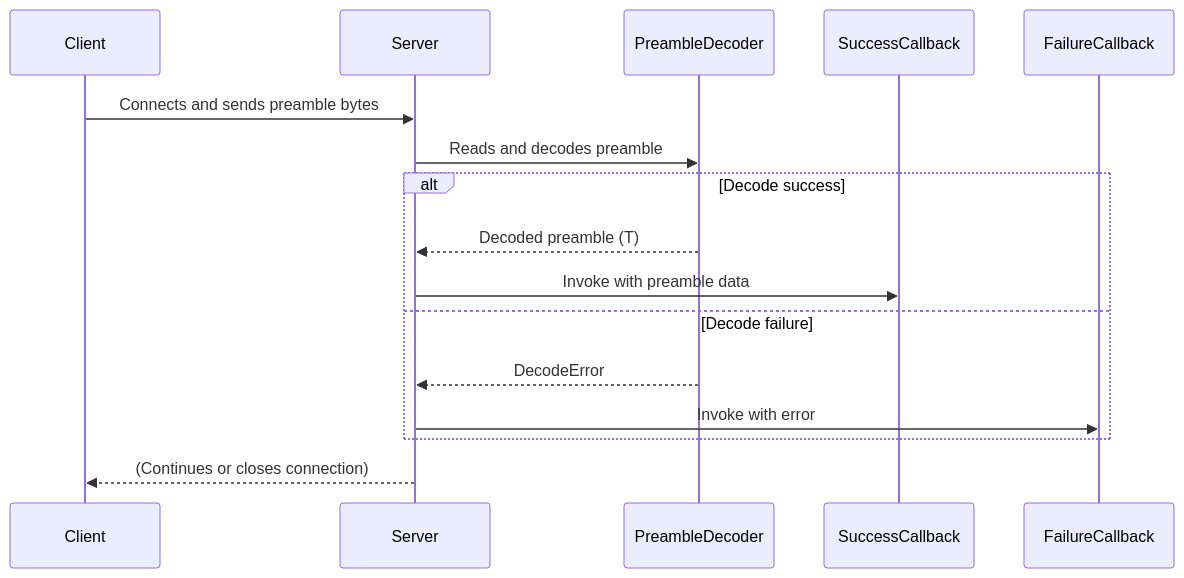
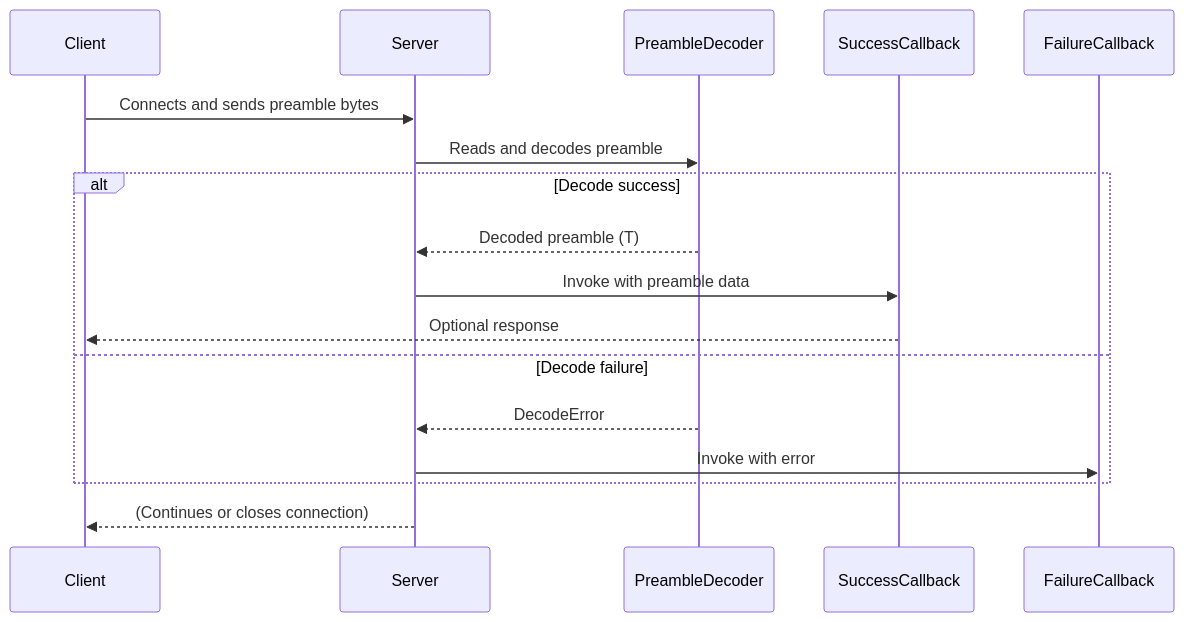
The diagram in docs/preamble-validator.md (leynos/wireframe), drawn with Mermaid before and after one commit. The commit also changed other lines of this file and 2 other files, not shown here.

````diff
--- a/docs/preamble-validator.md
+++ b/docs/preamble-validator.md
@@ -11,19 +11,20 @@
 ```mermaid
 sequenceDiagram
     participant Client
     participant Server
     participant PreambleDecoder
     participant SuccessCallback
     participant FailureCallback
 
     Client->>Server: Connects and sends preamble bytes
     Server->>PreambleDecoder: Reads and decodes preamble
     alt Decode success
         PreambleDecoder-->>Server: Decoded preamble (T)
         Server->>SuccessCallback: Invoke with preamble data
+        SuccessCallback-->>Client: Optional response
     else Decode failure
         PreambleDecoder-->>Server: DecodeError
         Server->>FailureCallback: Invoke with error
     end
     Server-->>Client: (Continues or closes connection)
 ```
````
